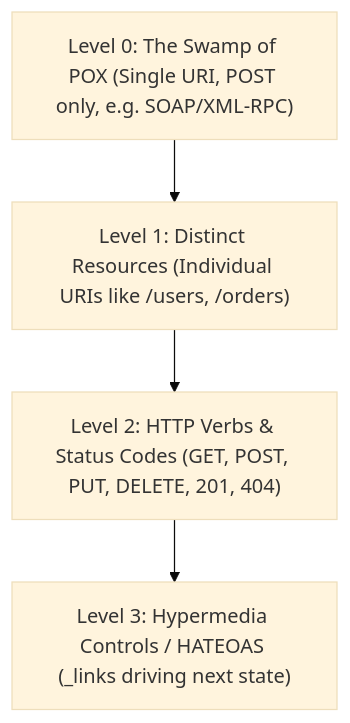
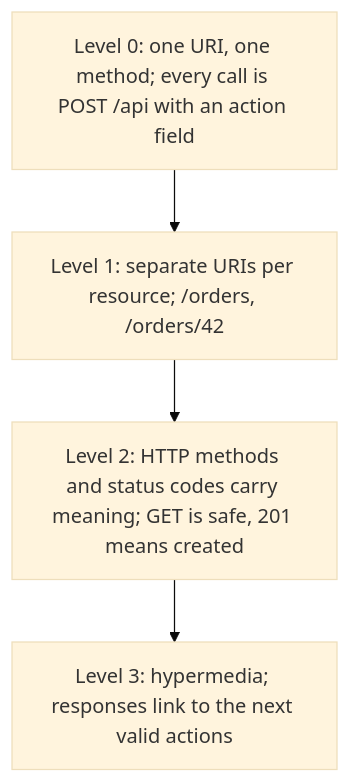
The fifth of 18 diagrams in README.md (TheLearningHubOrg/learn-rest-api), drawn with Mermaid (base theme) before and after one commit. The commit also changed other lines of this file and 34 other files, not shown here.

````diff
--- a/README.md
+++ b/README.md
@@ -56,6 +393,6 @@
 ```mermaid
-graph TD
-    L0["Level 0: The Swamp of POX (Single URI, POST only, e.g. SOAP/XML-RPC)"] --> L1["Level 1: Distinct Resources (Individual URIs like /users, /orders)"]
-    L1 --> L2["Level 2: HTTP Verbs & Status Codes (GET, POST, PUT, DELETE, 201, 404)"]
-    L2 --> L3["Level 3: Hypermedia Controls / HATEOAS (_links driving next state)"]
+flowchart TD
+    L0["Level 0: one URI, one method; every call is POST /api with an action field"] --> L1["Level 1: separate URIs per resource; /orders, /orders/42"]
+    L1 --> L2["Level 2: HTTP methods and status codes carry meaning; GET is safe, 201 means created"]
+    L2 --> L3["Level 3: hypermedia; responses link to the next valid actions"]
 ```
````
